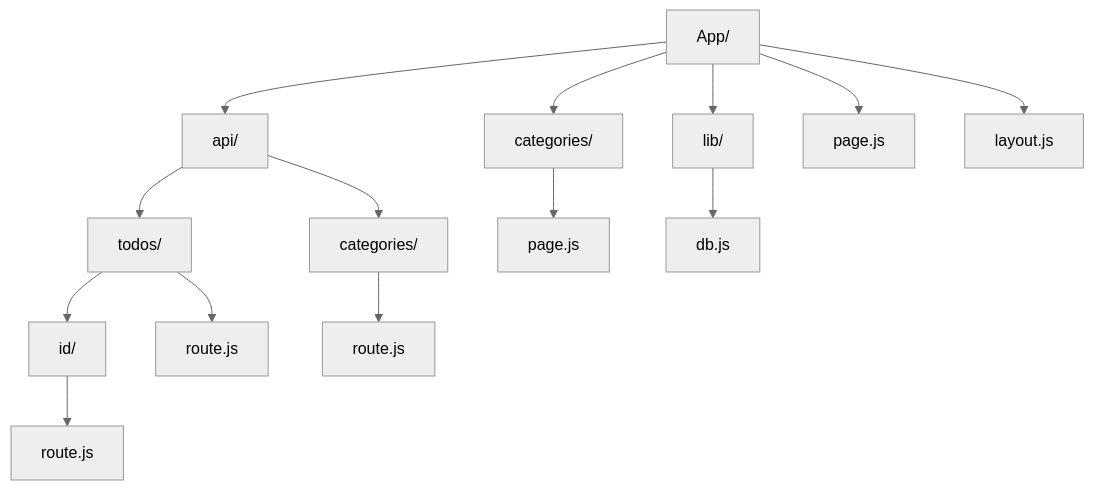
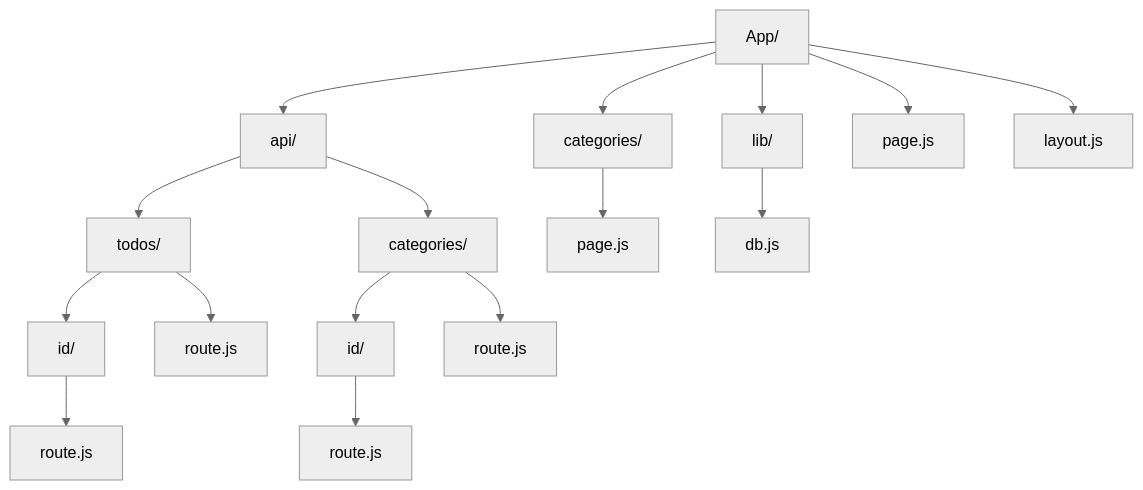
The first of 2 diagrams in README.md (hilja04/Next-app), drawn with Mermaid (neutral theme) before and after one commit. The commit also changed other lines of this file, not shown here.

````diff
--- a/README.md
+++ b/README.md
@@ -46,21 +54,25 @@
 ```mermaid
 graph TD;
     A[App/]
     A --> B[api/]
     A --> C[categories/]
     A --> D[lib/]
     A --> E[page.js]
     A --> F[layout.js]
+   
+  B --> B1[todos/]
+  B --> B2[categories/]
+
+  B1 --> B1_1[id/]
+  B1 --> B1_2[route.js]
+
+  B1_1 --> B1_1_1[route.js]
+
+  B2 --> B2_1[id/]
+  B2 --> B2_2[route.js]
+
+  B2_1 --> B2_1_1[route.js]
+  C --> C1[page.js]
     
-    B --> B1[todos/]
-    B --> B2[categories/]
-
-    B1 --> B1_1[id/]
-    B1 --> B1_2[route.js]
-    B2 --> B2_1[route.js]
-    B1_1 --> B1_1_1[route.js]
-    
-    C --> C1[page.js]
-    
-    D --> D1[db.js]
+  D --> D1[db.js]
 ```
````
